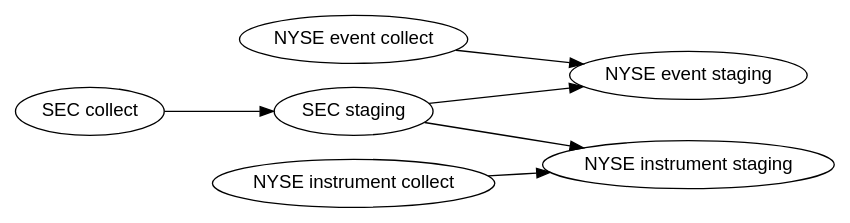
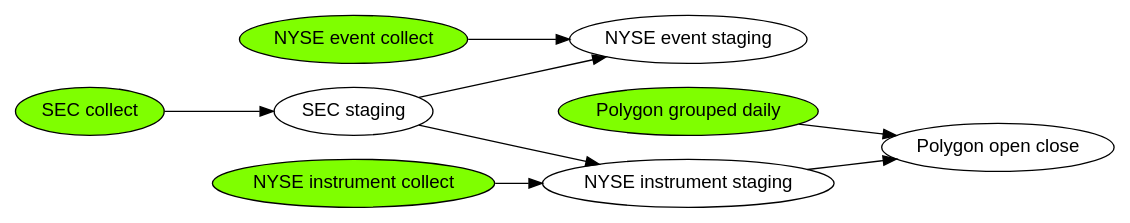
One commit to dtrosien/data-collector changed the diagram in documentation/dependencies.dot. Above: the diagram before and after it, drawn with Graphviz. The commit also changed other lines of this file and 20 other files, not shown here.

```diff
--- a/documentation/dependencies.dot
+++ b/documentation/dependencies.dot
@@ -1,18 +1,23 @@
 digraph regexp { 
  fontname="Helvetica,Arial,sans-serif"
  node [fontname="Helvetica,Arial,sans-serif"]
  rankdir="LR";
- n0 [label="NYSE event collect"];
- n1 [label="NYSE event staging"];
- n2 [label="NYSE instrument collect"];
- n3 [label="NYSE instrument staging"];
- n4 [label="SEC collect"];
- n5 [label="SEC staging"];
- n0 -> n1
- n2 -> n3
- n4 -> n5
- n5 -> n3
- n5 -> n1
-}
+ NyseEventsCollect      [label="NYSE event collect", style=filled, fillcolor=chartreuse];
+ n1                     [label="NYSE event staging"];
+ NyseInstrumentsCollect [label="NYSE instrument collect", style=filled, fillcolor=chartreuse];
+ NyseInstrumentsStage   [label="NYSE instrument staging"];
+ SecCompaniesCollect    [label="SEC collect", style=filled, fillcolor=chartreuse];
+ SecCompaniesStage      [label="SEC staging"];
+ PolygonGroupedDaily    [label="Polygon grouped daily", style=filled, fillcolor=chartreuse];
+ PolygonOpenClose       [label="Polygon open close"];
+
+ NyseEventsCollect -> n1
+ NyseInstrumentsCollect -> NyseInstrumentsStage
+ SecCompaniesCollect -> SecCompaniesStage
+ SecCompaniesStage -> NyseInstrumentsStage
+ SecCompaniesStage -> n1
+ PolygonGroupedDaily -> PolygonOpenClose
+ NyseInstrumentsStage -> PolygonOpenClose
+ }
 //sudo apt install graphviz
 //dot -Tsvg dependencies.dot > output.svg
```
